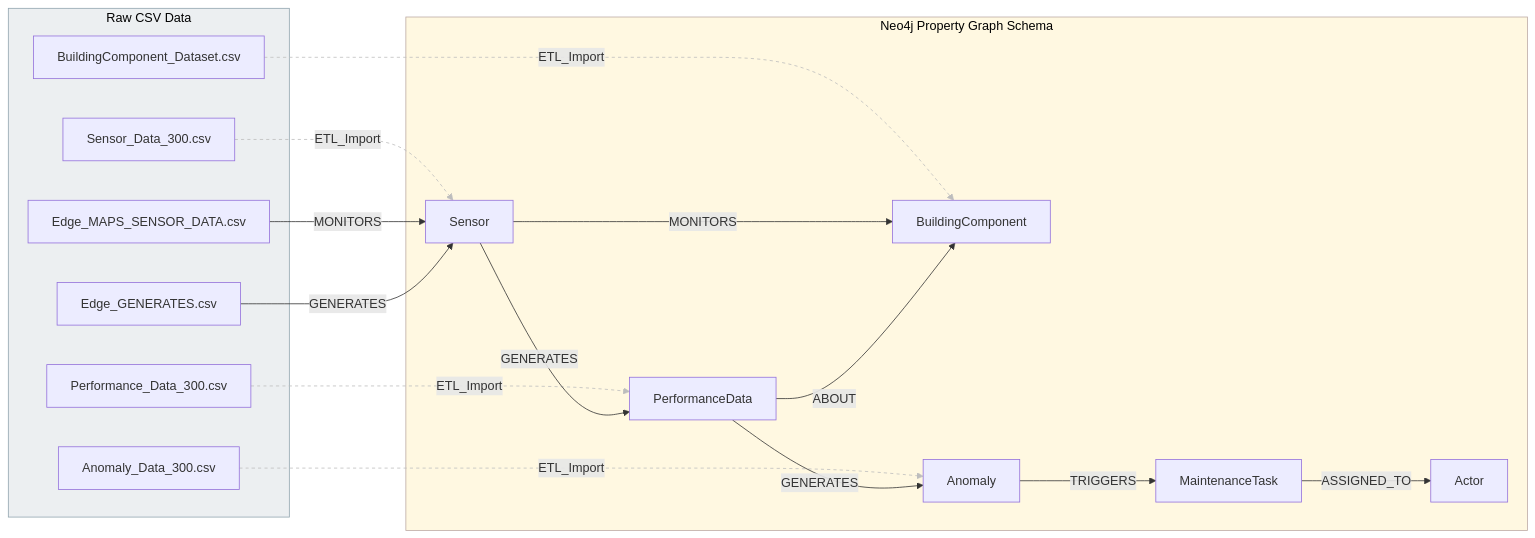
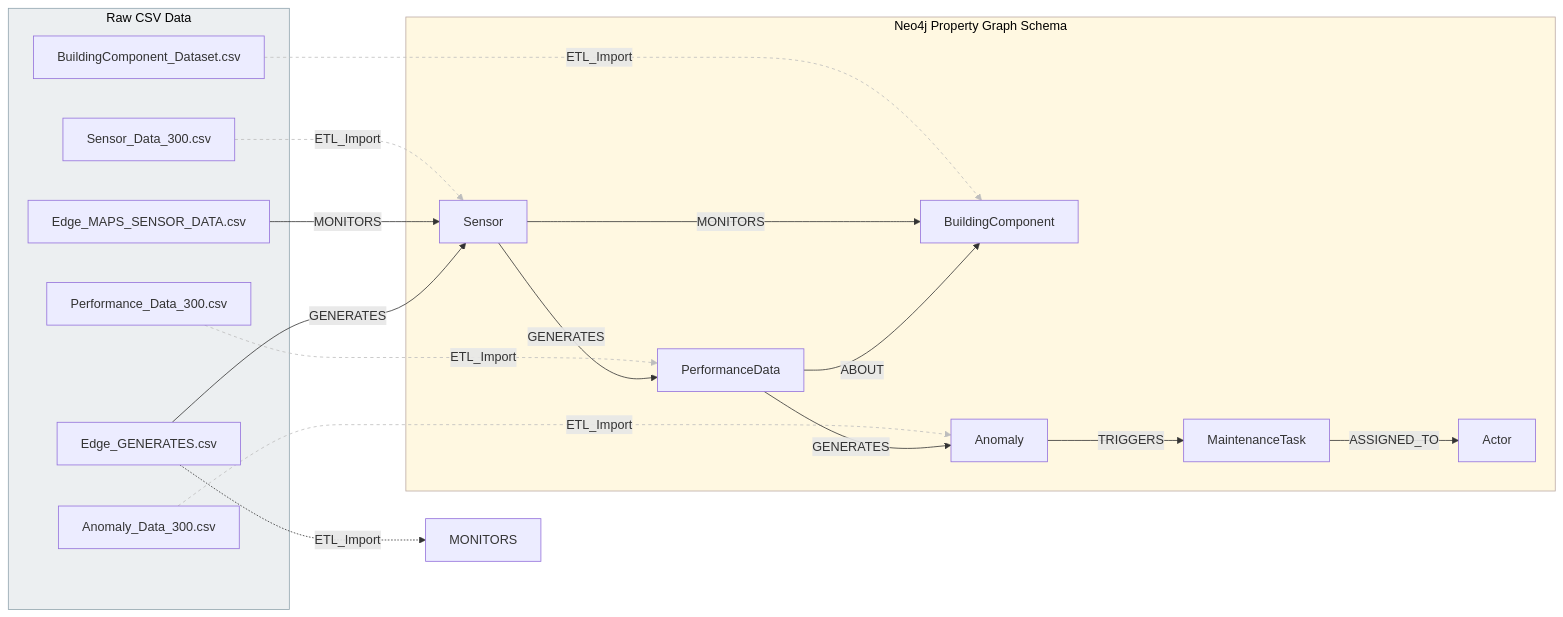
Before and after one commit to chienpu/public-phd-sam: the diagram in 02_data/README.md, drawn with Mermaid.

Commit message:
Add EGcsv mapping to README

````diff
--- a/02_data/README.md
+++ b/02_data/README.md
@@ -257,61 +257,62 @@
 ```mermaid
 flowchart LR
 
 %% ============================
 %% Style Definitions
 %% ============================
 style Raw fill:#ECEFF1,stroke:#90A4AE,stroke-width:1px,color:#000;
 style Graph fill:#FFF8E1,stroke:#BCAAA4,stroke-width:1px,color:#000;
 
 %% ============================
 %% Raw CSV Data
 %% ============================
 subgraph Raw["Raw CSV Data"]
     BCcsv["BuildingComponent_Dataset.csv"]
     SDcsv["Sensor_Data_300.csv"]
     PDcsv["Performance_Data_300.csv"]
     ADcsv["Anomaly_Data_300.csv"]
     EMcsv["Edge_MAPS_SENSOR_DATA.csv"]
     EGcsv["Edge_GENERATES.csv"]
 end
 
 %% ============================
 %% Neo4j Property Graph Schema
 %% ============================
 subgraph Graph["Neo4j Property Graph Schema"]
     Sensor["Sensor"]
     BC["BuildingComponent"]
     PDnode["PerformanceData"]
     Anode["Anomaly"]
     Task["MaintenanceTask"]
     Actor["Actor"]
 end
 
 %% ============================
 %% ETL IMPORT (dashed only)
 %% ============================
 BCcsv -.->|ETL_Import| BC
 SDcsv -.->|ETL_Import| Sensor
 PDcsv -.->|ETL_Import| PDnode
 ADcsv -.->|ETL_Import| Anode
+EGcsv -.->|ETL_Import| MONITORS
 
 %% ============================
 %% CSV Edge Mapping (solid)
 %% ============================
 EMcsv -->|MONITORS| Sensor
 EGcsv -->|GENERATES| Sensor
 
 %% ============================
 %% Semantic Graph Relations (solid)
 %% ============================
 Sensor -->|MONITORS| BC
 Sensor -->|GENERATES| PDnode
 PDnode -->|ABOUT| BC
 PDnode -->|GENERATES| Anode
 Anode -->|TRIGGERS| Task
 Task -->|ASSIGNED_TO| Actor
 
 %% Only ETL_Import lines dashed
 linkStyle 0,1,2,3 stroke:#BDBDBD,stroke-dasharray:4 4;
 
 ```
````
